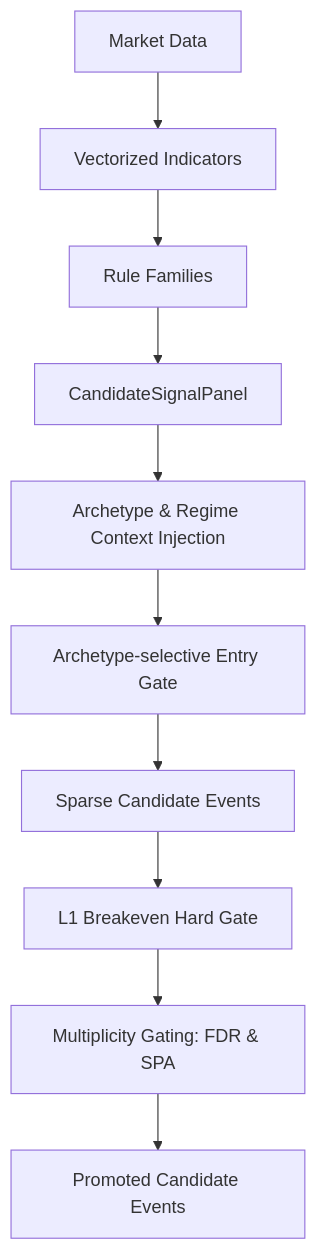
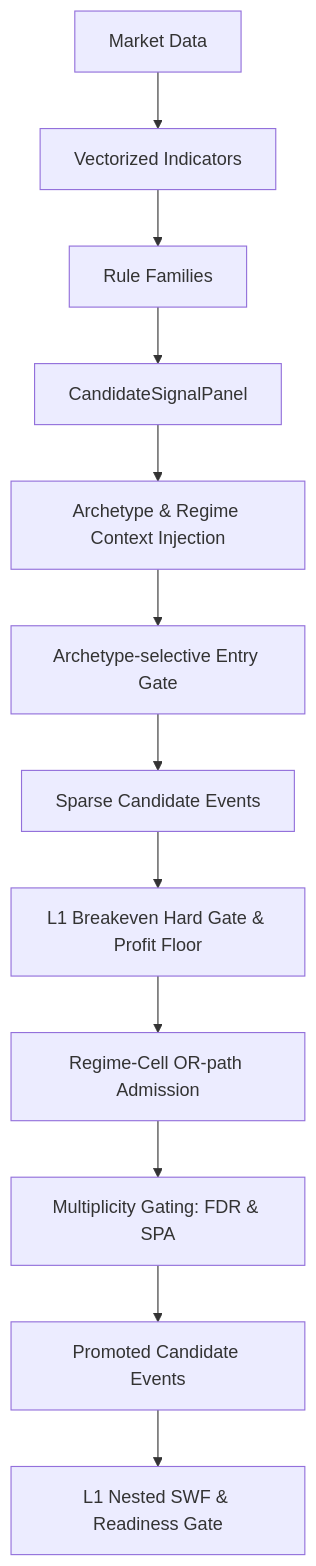
One commit to KTHYEONG/crypto-pilot changed the diagram in docs/architecture/layer1.md. Above: the diagram before and after it, drawn with Mermaid. The commit also changed other lines of this file and 5 other files, not shown here.

````diff
--- a/docs/architecture/layer1.md
+++ b/docs/architecture/layer1.md
@@ -89,12 +83,14 @@
 ```mermaid
 graph TD
     A[Market Data] --> B[Vectorized Indicators]
     B --> C[Rule Families]
     C --> D[CandidateSignalPanel]
     D --> E[Archetype & Regime Context Injection]
     E --> F[Archetype-selective Entry Gate]
     F --> G[Sparse Candidate Events]
-    G --> H[L1 Breakeven Hard Gate]
-    H --> I[Multiplicity Gating: FDR & SPA]
-    I --> J[Promoted Candidate Events]
+    G --> H[L1 Breakeven Hard Gate & Profit Floor]
+    H --> I[Regime-Cell OR-path Admission]
+    I --> J[Multiplicity Gating: FDR & SPA]
+    J --> K[Promoted Candidate Events]
+    K --> L[L1 Nested SWF & Readiness Gate]
 ```
````
